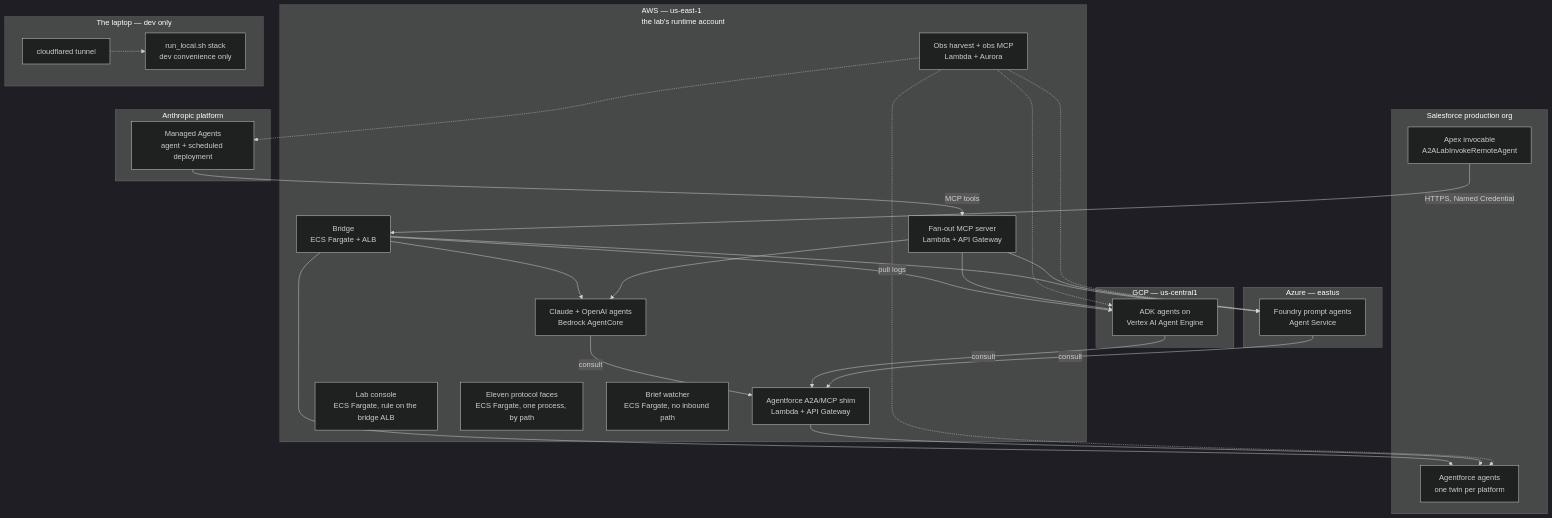
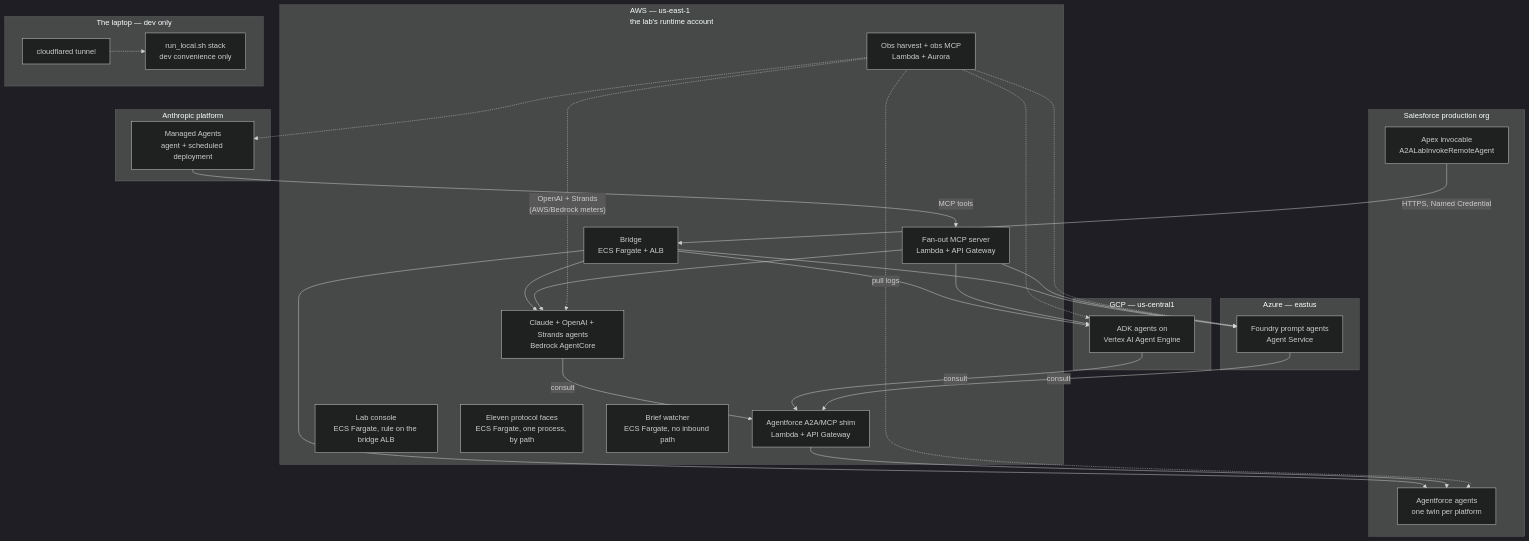
The second of 10 diagrams in plan/09-deployment-map.md (congmingwudi/a2a-lab), drawn with Mermaid (dark theme) before and after one commit. The commit also changed other lines of this file and 1 other file, not shown here.

First line of the commit message:
Diagrams: show the Strands runtime + its scheduled harvest

````diff
--- a/plan/09-deployment-map.md
+++ b/plan/09-deployment-map.md
@@ -135,54 +135,55 @@
 ```mermaid
 flowchart TB
   subgraph SF["Salesforce production org"]
     AF["Agentforce agents<br/>one twin per platform"]
     APEX["Apex invocable<br/>A2ALabInvokeRemoteAgent"]
   end
 
   subgraph AWS["AWS — us-east-1<br/>the lab's runtime account"]
     BRIDGE["Bridge<br/>ECS Fargate + ALB"]
-    RUNTIMES["Claude + OpenAI agents<br/>Bedrock AgentCore"]
+    RUNTIMES["Claude + OpenAI + Strands agents<br/>Bedrock AgentCore"]
     SHIM["Agentforce A2A/MCP shim<br/>Lambda + API Gateway"]
     FANOUT["Fan-out MCP server<br/>Lambda + API Gateway"]
     OBS["Obs harvest + obs MCP<br/>Lambda + Aurora"]
     CONSOLE["Lab console<br/>ECS Fargate, rule on the bridge ALB"]
     FACES["Eleven protocol faces<br/>ECS Fargate, one process, by path"]
     WATCH["Brief watcher<br/>ECS Fargate, no inbound path"]
   end
 
   subgraph GCP["GCP — us-central1"]
     ADK["ADK agents on<br/>Vertex AI Agent Engine"]
   end
 
   subgraph AZ["Azure — eastus"]
     FOUNDRY["Foundry prompt agents<br/>Agent Service"]
   end
 
   subgraph ANT["Anthropic platform"]
     CMA["Managed Agents<br/>agent + scheduled deployment"]
   end
 
   subgraph LAP["The laptop — dev only"]
     LOCAL["run_local.sh stack<br/>dev convenience only"]
     TUNNEL["cloudflared tunnel"]
   end
 
   APEX -->|"HTTPS, Named Credential"| BRIDGE
   BRIDGE --> RUNTIMES
   BRIDGE --> ADK
   BRIDGE --> FOUNDRY
   BRIDGE --> AF
   RUNTIMES -->|"consult"| SHIM
   ADK -->|"consult"| SHIM
   FOUNDRY -->|"consult"| SHIM
   CMA -->|"MCP tools"| FANOUT
   SHIM --> AF
   FANOUT --> ADK
   FANOUT --> FOUNDRY
   FANOUT --> RUNTIMES
   OBS -.->|"pull logs"| AF
   OBS -.-> CMA
   OBS -.-> ADK
   OBS -.-> FOUNDRY
+  OBS -.->|"OpenAI + Strands<br/>(AWS/Bedrock meters)"| RUNTIMES
   TUNNEL -.-> LOCAL
 ```
````
